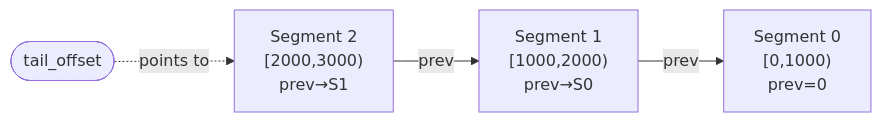
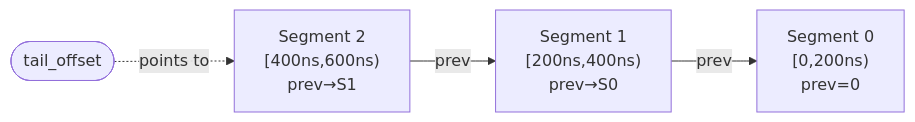
One commit to zarubaf/uscope changed the second of 2 diagrams in src/uscope-format-spec.md. Above: the diagram before and after it, drawn with Mermaid. The commit also changed other lines of this file and 1 other file, not shown here.

````diff
--- a/src/uscope-format-spec.md
+++ b/src/uscope-format-spec.md
@@ -554,6 +613,6 @@
 ```mermaid
 flowchart LR
-  S2["Segment 2<br />[2000,3000)<br />prev→S1"] -->|prev| S1["Segment 1<br />[1000,2000)<br />prev→S0"]
-  S1 -->|prev| S0["Segment 0<br />[0,1000)<br />prev=0"]
+  S2["Segment 2<br />[400ns,600ns)<br />prev→S1"] -->|prev| S1["Segment 1<br />[200ns,400ns)<br />prev→S0"]
+  S1 -->|prev| S0["Segment 0<br />[0,200ns)<br />prev=0"]
   tail(["tail_offset"]) -.->|points to| S2
 ```
````
